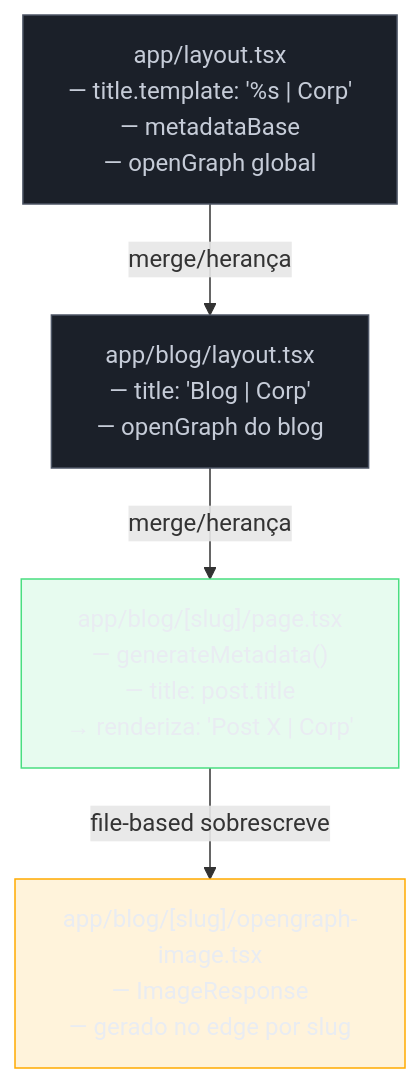
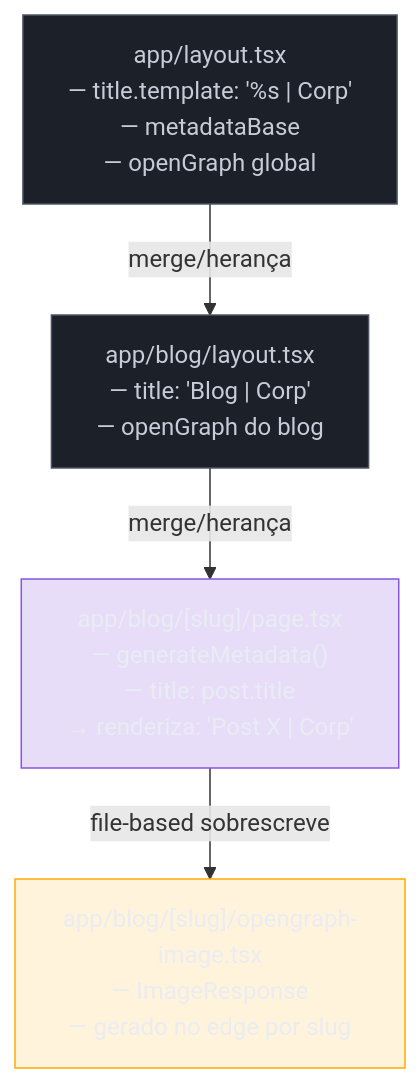
One commit to josenaldo/codex-technomanticus changed the diagram in 03-Dominios/Tecnologia/React/Next.js/11 - Metadata, SEO e assets sociais.md. Above: the diagram before and after it, drawn with Mermaid. The commit also changed 601 other files, not shown here.

````diff
--- a/03-Dominios/Tecnologia/React/Next.js/11 - Metadata, SEO e assets sociais.md
+++ b/03-Dominios/Tecnologia/React/Next.js/11 - Metadata, SEO e assets sociais.md
@@ -302,19 +302,19 @@
 ```mermaid
 graph TD
+    classDef marca fill:#8855DF33,stroke:#8855DF,color:#E9ECF2
     classDef neutro fill:#1B2029,stroke:#4E5666,color:#C6CCD8
-    classDef ok fill:#4ADE8021,stroke:#4ADE80,color:#E9ECF2
     classDef destaque fill:#FFAA0024,stroke:#FFAA00,color:#E9ECF2
     A["app/layout.tsx\n— title.template: '%s | Corp'\n— metadataBase\n— openGraph global"]
     B["app/blog/layout.tsx\n— title: 'Blog | Corp'\n— openGraph do blog"]
     C["app/blog/[slug]/page.tsx\n— generateMetadata()\n— title: post.title\n→ renderiza: 'Post X | Corp'"]
     D["app/blog/[slug]/opengraph-image.tsx\n— ImageResponse\n— gerado no edge por slug"]
 
     A -->|merge/herança| B
     B -->|merge/herança| C
     C -->|file-based sobrescreve| D
 
     class A neutro
     class B neutro
-    class C ok
+    class C marca
     class D destaque
 ```
````
